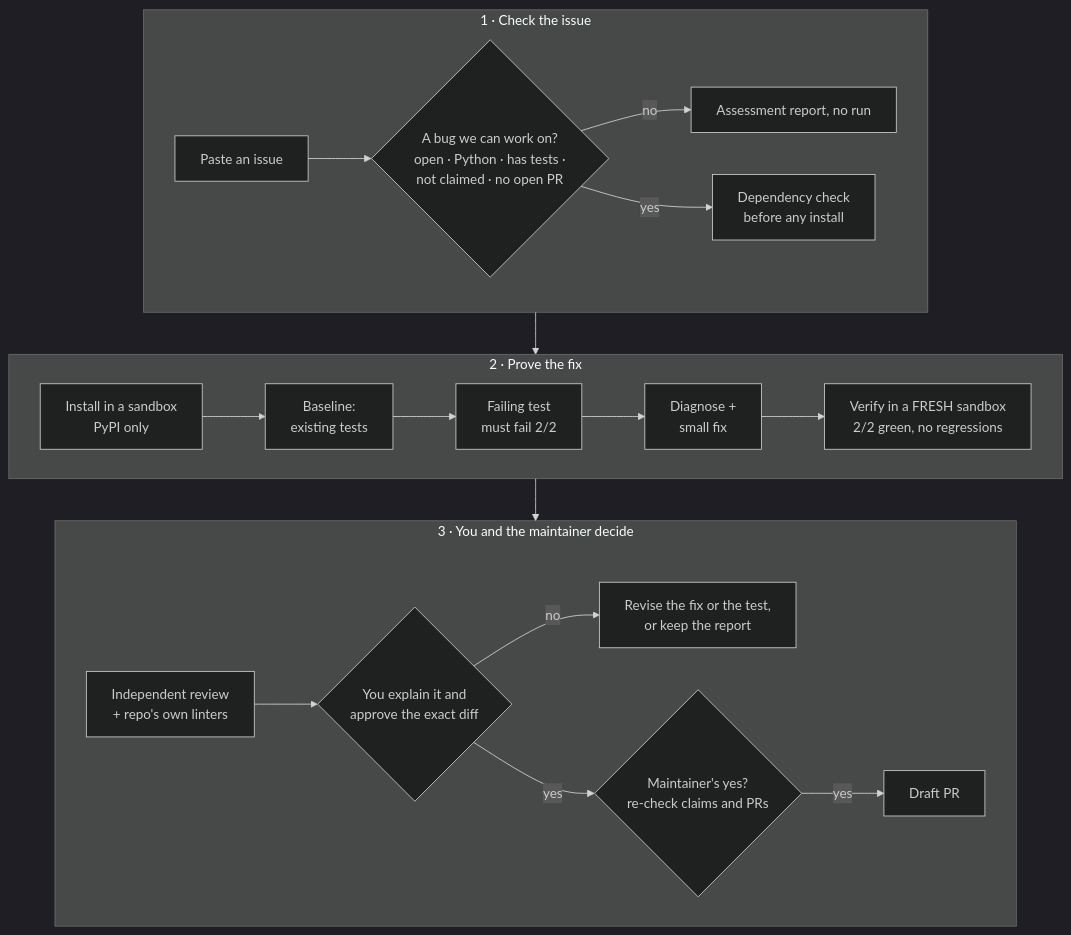
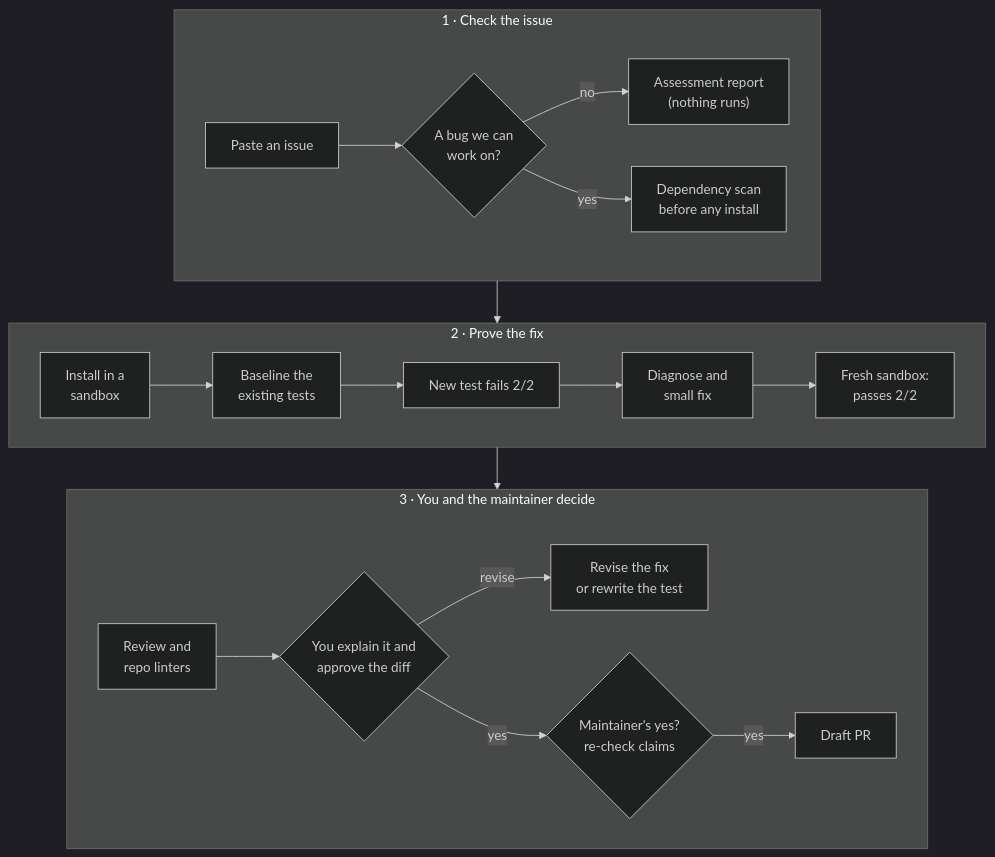
One commit to Niranjan-cyber/patchpilot changed the first of 4 diagrams in README.md. Above: the diagram before and after it, drawn with Mermaid (dark theme). The commit also changed other lines of this file and 2 other files, not shown here.

Commit message:
README v2: full product README with architecture and agent orchestration diagrams, trust model, accuracy, known limits; fresh v4 screenshots; all 4 Mermaid diagrams render-checked

````diff
--- a/README.md
+++ b/README.md
@@ -69,24 +76,22 @@
 ```mermaid
 flowchart TB
-    subgraph check [1 · Check the issue]
+    subgraph S1 ["1 · Check the issue"]
         direction LR
-        A[Paste an issue] --> B{A bug we can work on?<br/>open · Python · has tests ·<br/>not claimed · no open PR}
-        B -->|no| R[Assessment report, no run]
-        B -->|yes| C[Dependency check<br/>before any install]
+        A["Paste an issue"] --> B{"A bug we can<br/>work on?"}
+        B -- no --> R["Assessment report<br/>(nothing runs)"]
+        B -- yes --> C["Dependency scan<br/>before any install"]
     end
-    subgraph prove [2 · Prove the fix]
+    subgraph S2 ["2 · Prove the fix"]
         direction LR
-        D[Install in a sandbox<br/>PyPI only] --> E[Baseline:<br/>existing tests]
-        E --> F[Failing test<br/>must fail 2/2]
-        F --> G[Diagnose +<br/>small fix]
-        G --> H[Verify in a FRESH sandbox<br/>2/2 green, no regressions]
+        D["Install in a<br/>sandbox"] --> E["Baseline the<br/>existing tests"]
+        E --> F["New test fails 2/2"] --> G["Diagnose and<br/>small fix"] --> H["Fresh sandbox:<br/>passes 2/2"]
     end
-    subgraph decide [3 · You and the maintainer decide]
+    subgraph S3 ["3 · You and the maintainer decide"]
         direction LR
-        I[Independent review<br/>+ repo's own linters] --> J{You explain it and<br/>approve the exact diff}
-        J -->|no| L[Revise the fix or the test,<br/>or keep the report]
-        J -->|yes| M{Maintainer's yes?<br/>re-check claims and PRs}
-        M -->|yes| K[Draft PR]
+        I["Review and<br/>repo linters"] --> J{"You explain it and<br/>approve the diff"}
+        J -- revise --> RV["Revise the fix<br/>or rewrite the test"]
+        J -- yes --> M{"Maintainer's yes?<br/>re-check claims"}
+        M -- yes --> K["Draft PR"]
     end
-    check --> prove --> decide
+    S1 --> S2 --> S3
 ```
````
